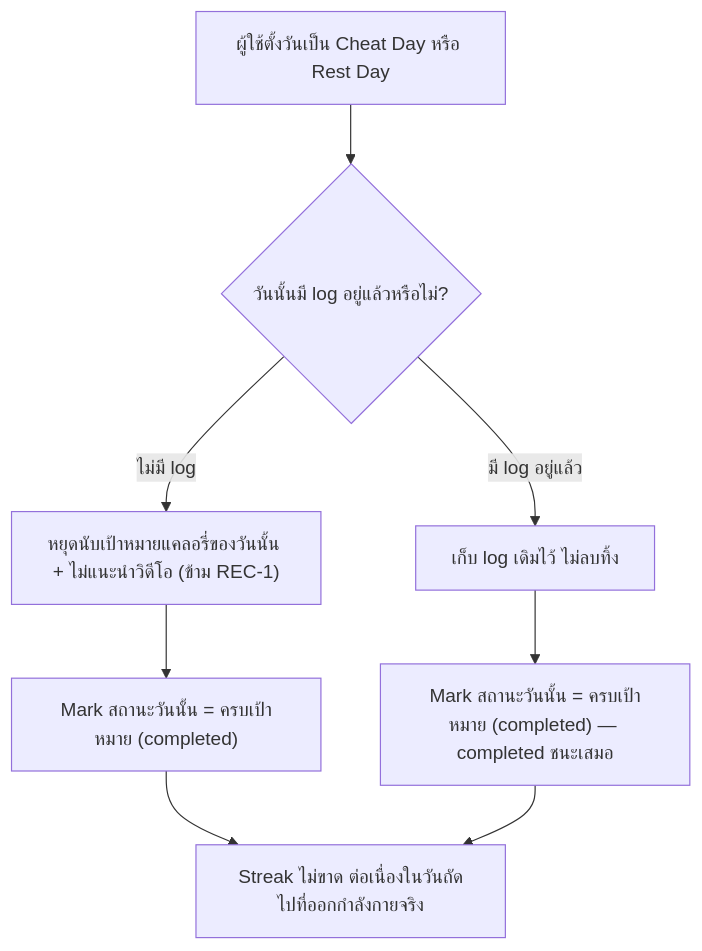
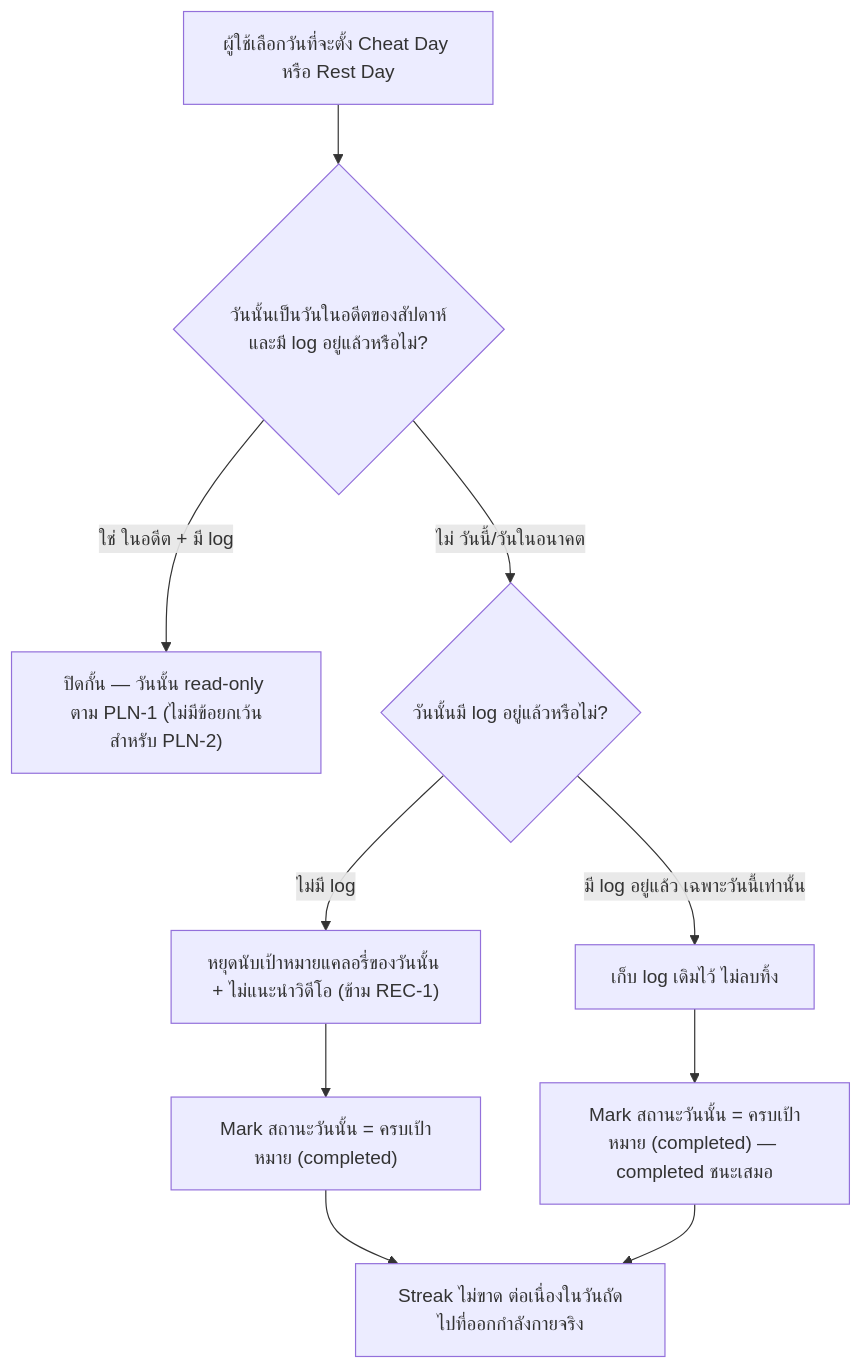
Before and after one commit to Kikofah/smartFit_daily: the ninth of 14 diagrams in docs/02-design/01-prototypes/user-journeys.md, drawn with Mermaid. The commit also changed other lines of this file and 12 other files, not shown here.

````diff
--- a/docs/02-design/01-prototypes/user-journeys.md
+++ b/docs/02-design/01-prototypes/user-journeys.md
@@ -294,10 +314,12 @@
 ```mermaid
 flowchart TD
-    A[ผู้ใช้ตั้งวันเป็น Cheat Day หรือ Rest Day] --> B{วันนั้นมี log อยู่แล้วหรือไม่?}
+    A[ผู้ใช้เลือกวันที่จะตั้ง Cheat Day หรือ Rest Day] --> A2{วันนั้นเป็นวันในอดีตของสัปดาห์และมี log อยู่แล้วหรือไม่?}
+    A2 -- ใช่ ในอดีต + มี log --> A3["ปิดกั้น — วันนั้น read-only ตาม PLN-1 (ไม่มีข้อยกเว้นสำหรับ PLN-2)"]
+    A2 -- ไม่ วันนี้/วันในอนาคต --> B{วันนั้นมี log อยู่แล้วหรือไม่?}
     B -- ไม่มี log --> C["หยุดนับเป้าหมายแคลอรี่ของวันนั้น + ไม่แนะนำวิดีโอ (ข้าม REC-1)"]
     C --> D["Mark สถานะวันนั้น = ครบเป้าหมาย (completed)"]
-    B -- มี log อยู่แล้ว --> E[เก็บ log เดิมไว้ ไม่ลบทิ้ง]
+    B -- มี log อยู่แล้ว เฉพาะวันนี้เท่านั้น --> E[เก็บ log เดิมไว้ ไม่ลบทิ้ง]
     E --> F["Mark สถานะวันนั้น = ครบเป้าหมาย (completed) — completed ชนะเสมอ"]
     D --> G[Streak ไม่ขาด ต่อเนื่องในวันถัดไปที่ออกกำลังกายจริง]
     F --> G
 ```
````
